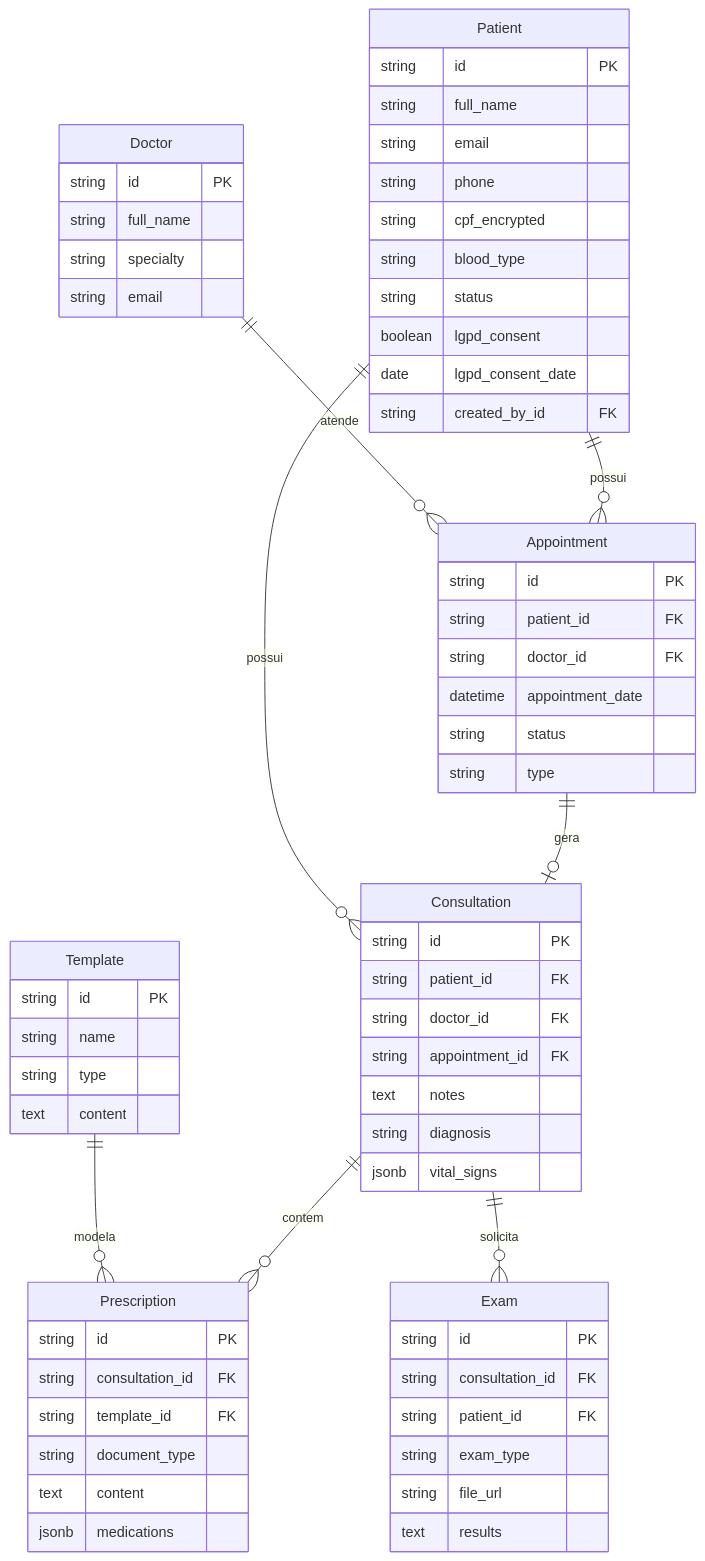
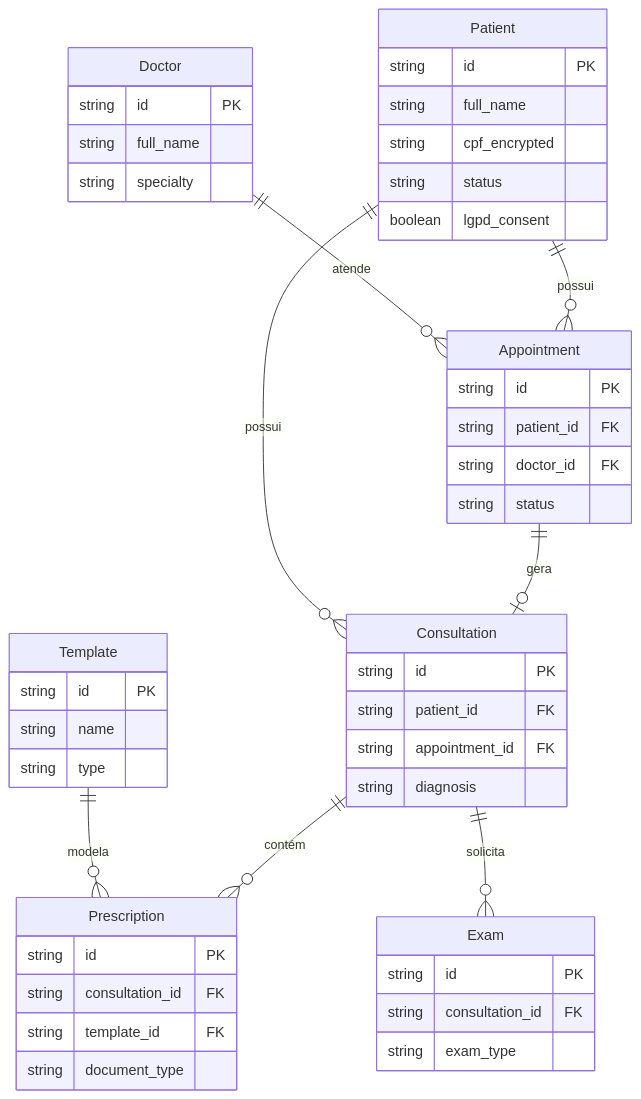
One commit to Adriano1976/prontuario-facil changed the third of 4 diagrams in README.md. Above: the diagram before and after it, drawn with Mermaid. The commit also changed other lines of this file, not shown here.

````diff
--- a/README.md
+++ b/README.md
@@ -192,74 +217,57 @@
 ```mermaid
 erDiagram
-    Patient ||--o{ Appointment : possui
-    Doctor ||--o{ Appointment : atende
-    Appointment ||--o| Consultation : gera
-    Patient ||--o{ Consultation : possui
-    Consultation ||--o{ Prescription : contem
-    Consultation ||--o{ Exam : solicita
-    Template ||--o{ Prescription : modela
+    Patient ||--o{ Appointment : "possui"
+    Doctor ||--o{ Appointment : "atende"
+    Appointment ||--o| Consultation : "gera"
+    Patient ||--o{ Consultation : "possui"
+    Consultation ||--o{ Prescription : "contém"
+    Consultation ||--o{ Exam : "solicita"
+    Template ||--o{ Prescription : "modela"
 
     Patient {
         string id PK
         string full_name
-        string email
-        string phone
         string cpf_encrypted
-        string blood_type
         string status
         boolean lgpd_consent
-        date lgpd_consent_date
-        string created_by_id FK
     }
 
     Doctor {
         string id PK
         string full_name
         string specialty
-        string email
     }
 
     Appointment {
         string id PK
         string patient_id FK
         string doctor_id FK
-        datetime appointment_date
         string status
-        string type
     }
 
     Consultation {
         string id PK
         string patient_id FK
-        string doctor_id FK
         string appointment_id FK
-        text notes
         string diagnosis
-        jsonb vital_signs
     }
 
     Prescription {
         string id PK
         string consultation_id FK
         string template_id FK
         string document_type
-        text content
-        jsonb medications
     }
 
     Exam {
         string id PK
         string consultation_id FK
-        string patient_id FK
         string exam_type
-        string file_url
-        text results
     }
 
     Template {
         string id PK
         string name
         string type
-        text content
     }
 ```
````
